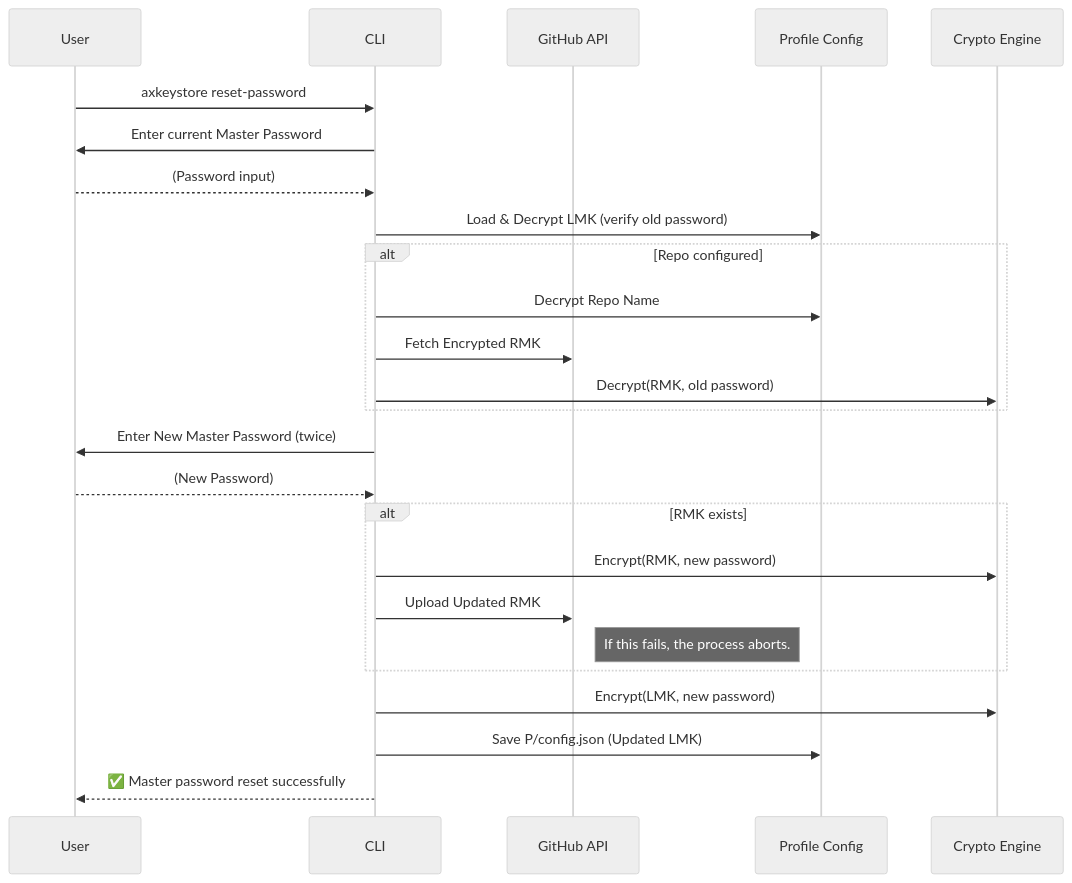
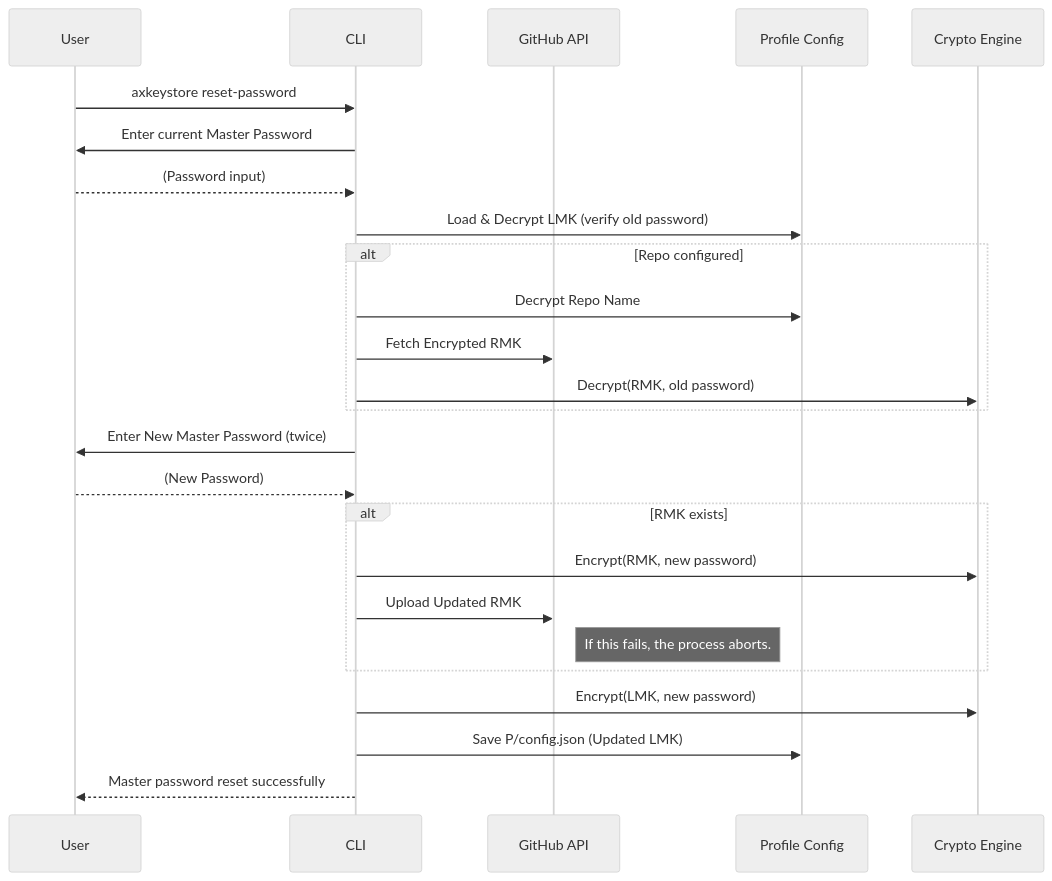
The eighth of 8 diagrams in README.md (basilgregory/axkeystore), drawn with Mermaid (neutral theme) before and after one commit. The commit also changed other lines of this file and 4 other files, not shown here.

````diff
--- a/README.md
+++ b/README.md
@@ -513,28 +513,28 @@
 ```mermaid
 sequenceDiagram
     participant U as User
     participant C as CLI
     participant G as GitHub API
     participant PC as Profile Config
     participant CR as Crypto Engine
 
     U->>C: axkeystore reset-password
     C->>U: Enter current Master Password
     U-->>C: (Password input)
     C->>PC: Load & Decrypt LMK (verify old password)
     alt Repo configured
         C->>PC: Decrypt Repo Name
         C->>G: Fetch Encrypted RMK
         C->>CR: Decrypt(RMK, old password)
     end
     C->>U: Enter New Master Password (twice)
     U-->>C: (New Password)
     alt RMK exists
         C->>CR: Encrypt(RMK, new password)
         C->>G: Upload Updated RMK
         note right of G: If this fails, the process aborts.
     end
     C->>CR: Encrypt(LMK, new password)
     C->>PC: Save P/config.json (Updated LMK)
-    C-->>U: ✅ Master password reset successfully
+    C-->>U: Master password reset successfully
 ```
````
